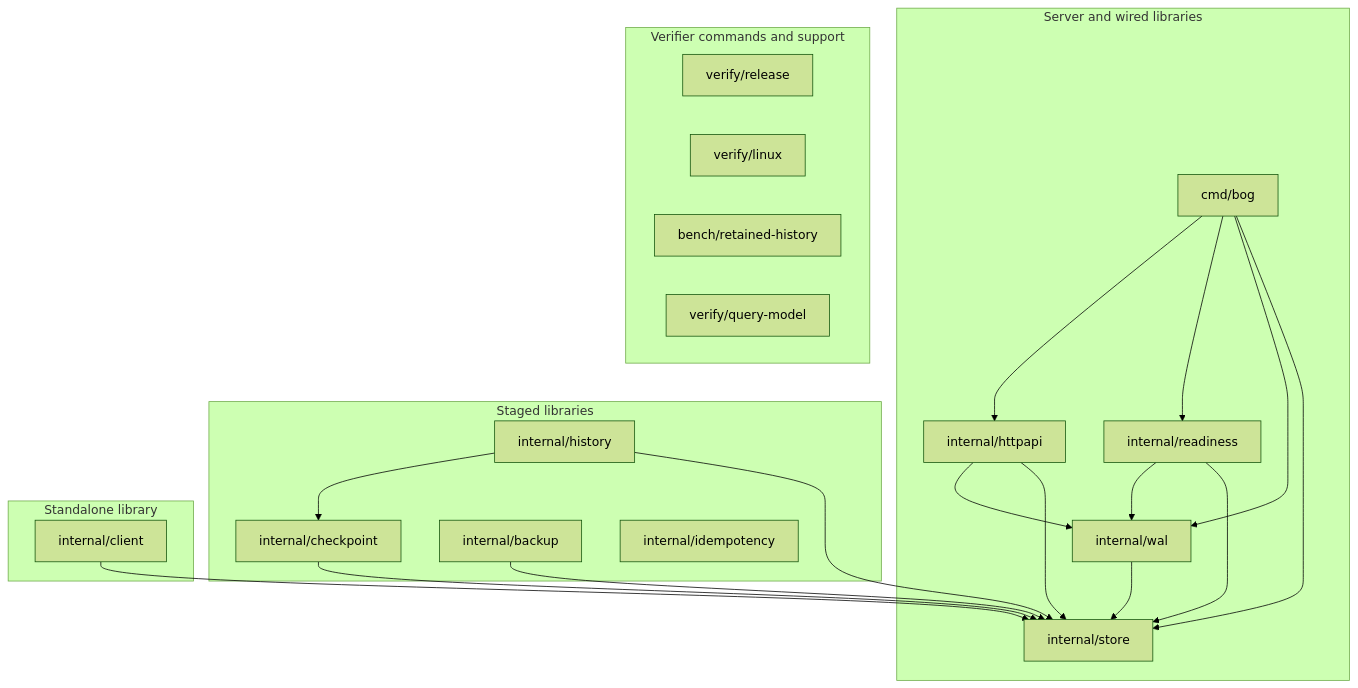
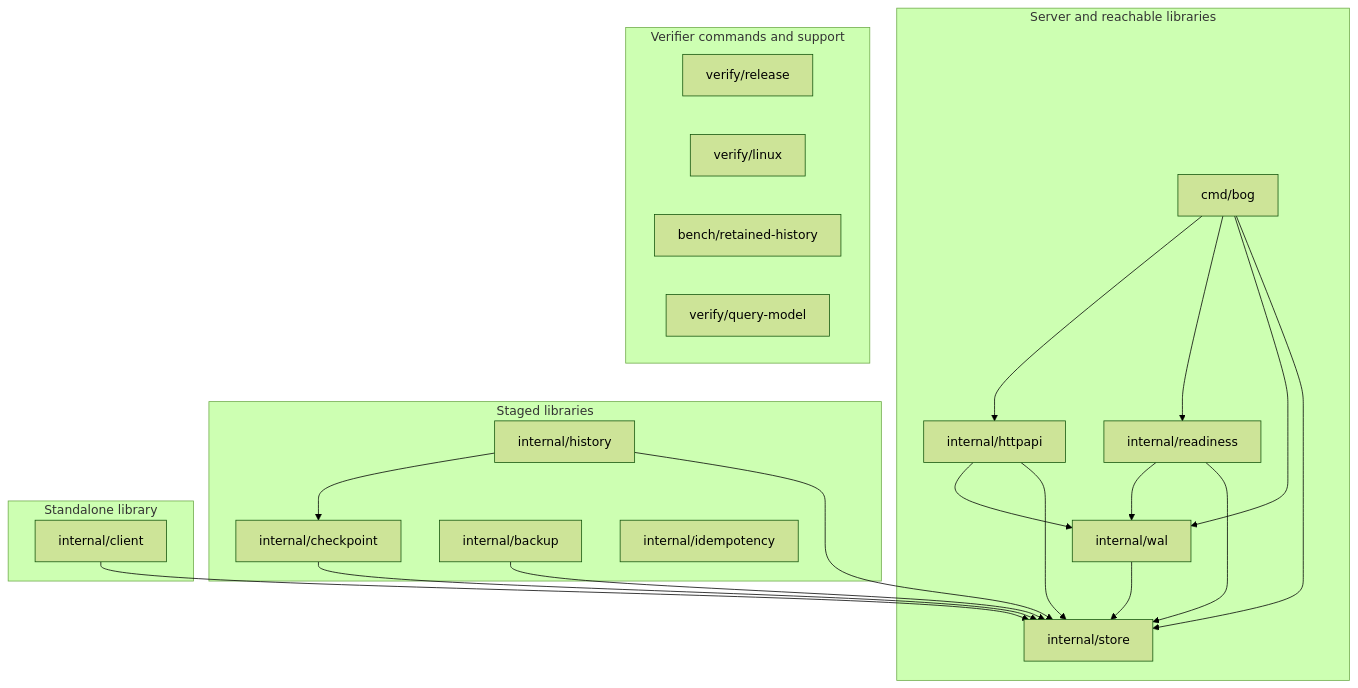
The diagram in docs/architecture/SYSTEM.md (tflynn3/bog), drawn with Mermaid (forest theme) before and after one commit. The commit also changed other lines of this file and 3 other files, not shown here.

Commit message:
bog: Reconcile the Linux architecture registry and cutover handoff

````diff
--- a/docs/architecture/SYSTEM.md
+++ b/docs/architecture/SYSTEM.md
@@ -23,39 +24,39 @@
 ```mermaid
 flowchart TD
-    subgraph Runtime["Server and wired libraries"]
+    subgraph Runtime["Server and reachable libraries"]
         Cmd["cmd/bog"]
         HTTP["internal/httpapi"]
         Ready["internal/readiness"]
         WAL["internal/wal"]
         Store["internal/store"]
         Cmd --> HTTP
         Cmd --> Ready
         Cmd --> WAL
         Cmd --> Store
         HTTP --> WAL
         HTTP --> Store
         Ready --> WAL
         Ready --> Store
         WAL --> Store
     end
     subgraph Staged["Staged libraries"]
         Checkpoint["internal/checkpoint"]
         History["internal/history"]
         Backup["internal/backup"]
         Idempotency["internal/idempotency"]
         History --> Checkpoint
     end
     Checkpoint --> Store
     History --> Store
     Backup --> Store
     subgraph Standalone["Standalone library"]
         Client["internal/client"]
     end
     Client --> Store
     subgraph Evidence["Verifier commands and support"]
         Admission["verify/release"]
         Durability["verify/linux"]
         Capacity["bench/retained-history"]
         Model["verify/query-model"]
     end
 ```
````
